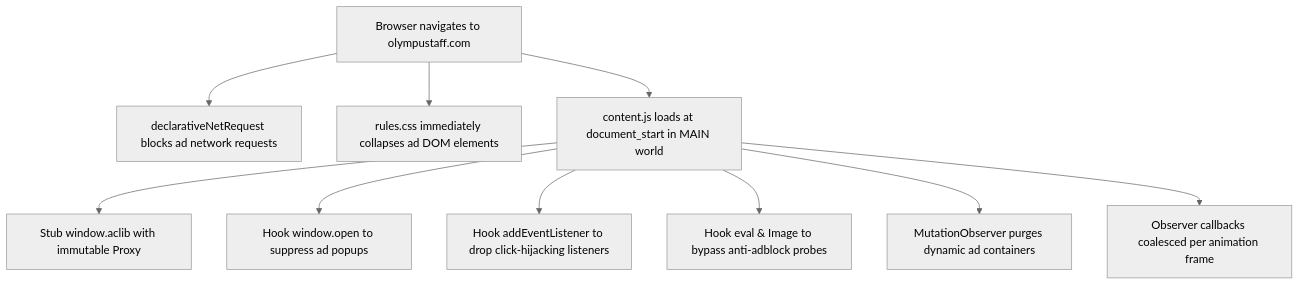
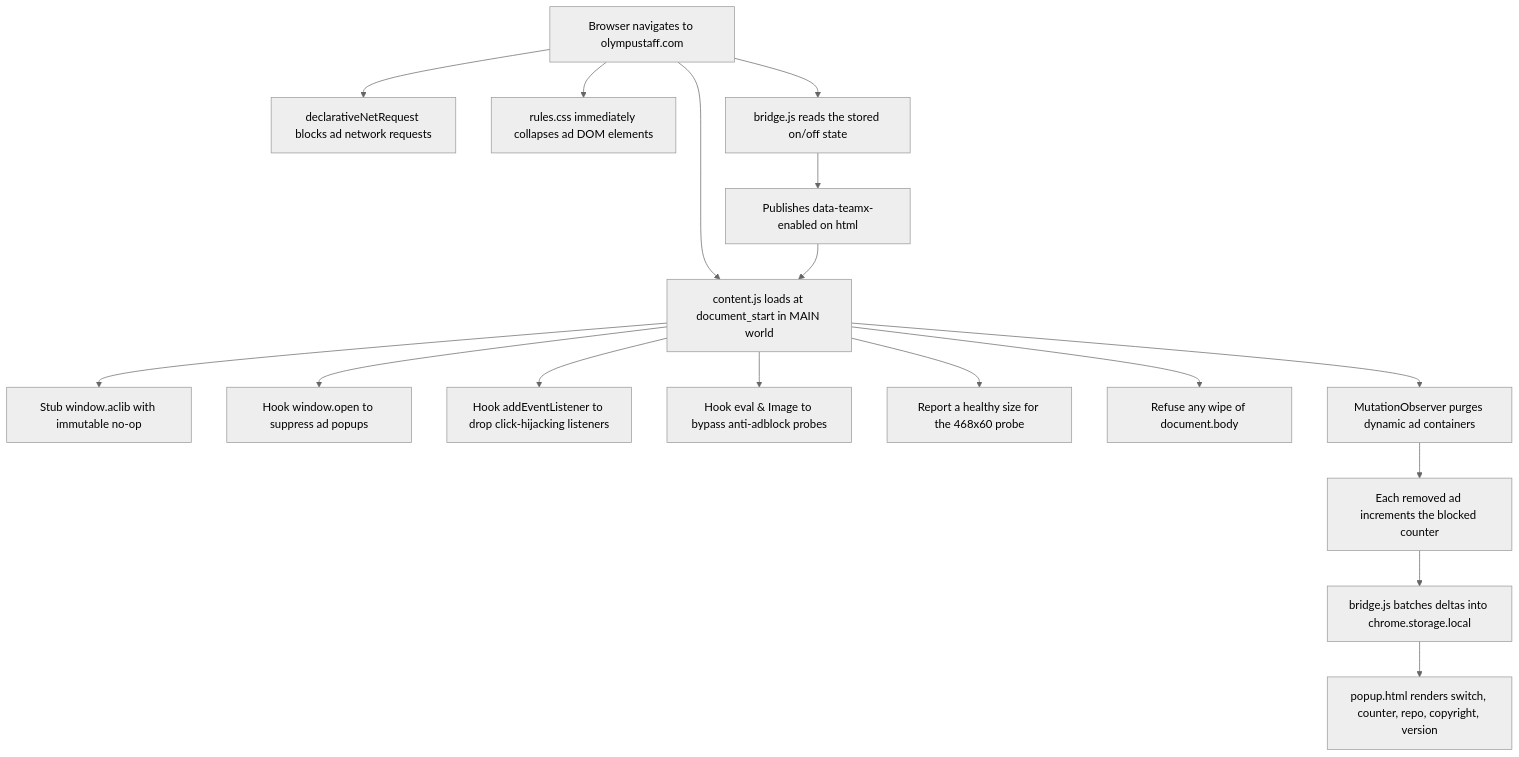
Before and after one commit to shadow-x78/teamx-adblock: the diagram in docs/ARCHITECTURE.md, drawn with Mermaid (neutral theme). The commit also changed other lines of this file and 19 other files, not shown here.

Commit message:
teamx-adblock | chore: snapshot before audit

````diff
--- a/docs/ARCHITECTURE.md
+++ b/docs/ARCHITECTURE.md
@@ -34,12 +35,19 @@
 ```mermaid
 flowchart TD
     A[Browser navigates to olympustaff.com] --> B[declarativeNetRequest blocks ad network requests]
     A --> C[rules.css immediately collapses ad DOM elements]
-    A --> D[content.js loads at document_start in MAIN world]
-    D --> E[Stub window.aclib with immutable Proxy]
-    D --> F[Hook window.open to suppress ad popups]
-    D --> G[Hook addEventListener to drop click-hijacking listeners]
-    D --> H[Hook eval & Image to bypass anti-adblock probes]
-    D --> I[MutationObserver purges dynamic ad containers]
-    D --> J[Observer callbacks coalesced per animation frame]
+    A --> D[bridge.js reads the stored on/off state]
+    D --> D2[Publishes data-teamx-enabled on html]
+    A --> E[content.js loads at document_start in MAIN world]
+    D2 --> E
+    E --> F[Stub window.aclib with immutable no-op]
+    E --> G[Hook window.open to suppress ad popups]
+    E --> H[Hook addEventListener to drop click-hijacking listeners]
+    E --> I[Hook eval & Image to bypass anti-adblock probes]
+    E --> J[Report a healthy size for the 468x60 probe]
+    E --> K[Refuse any wipe of document.body]
+    E --> L[MutationObserver purges dynamic ad containers]
+    L --> M[Each removed ad increments the blocked counter]
+    M --> N[bridge.js batches deltas into chrome.storage.local]
+    N --> O[popup.html renders switch, counter, repo, copyright, version]
 ```
````
